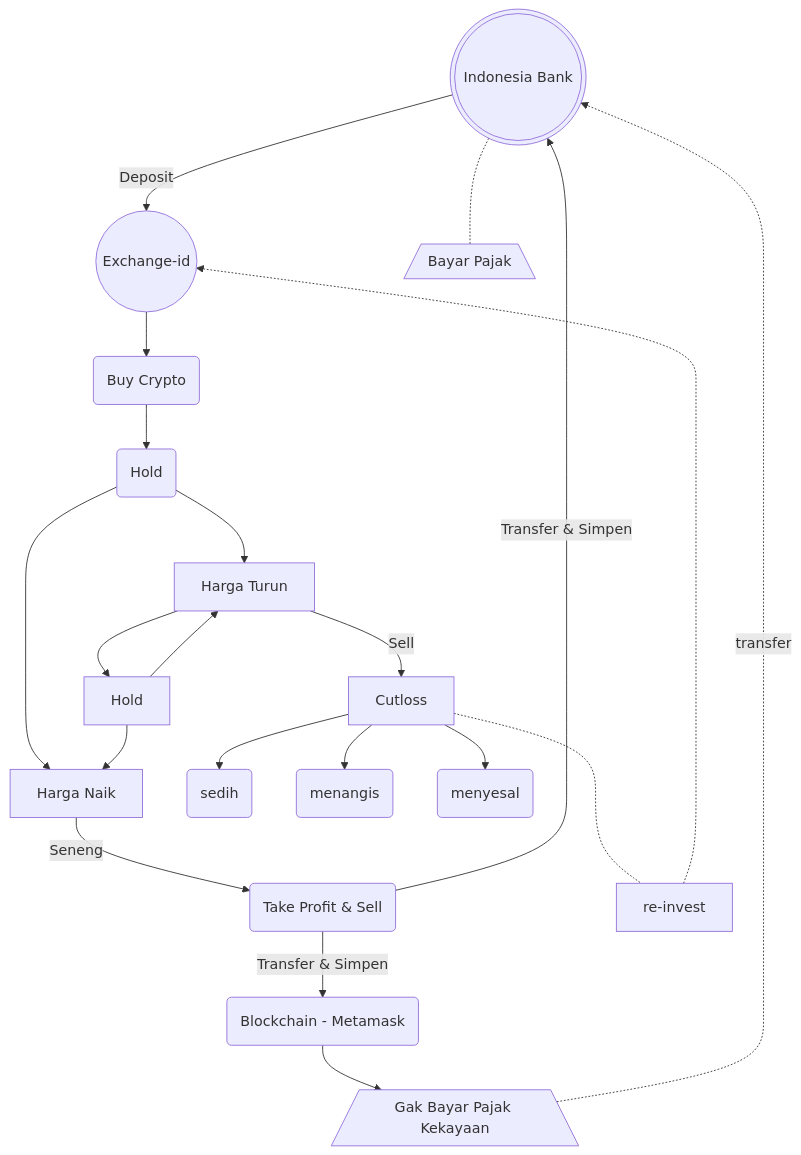
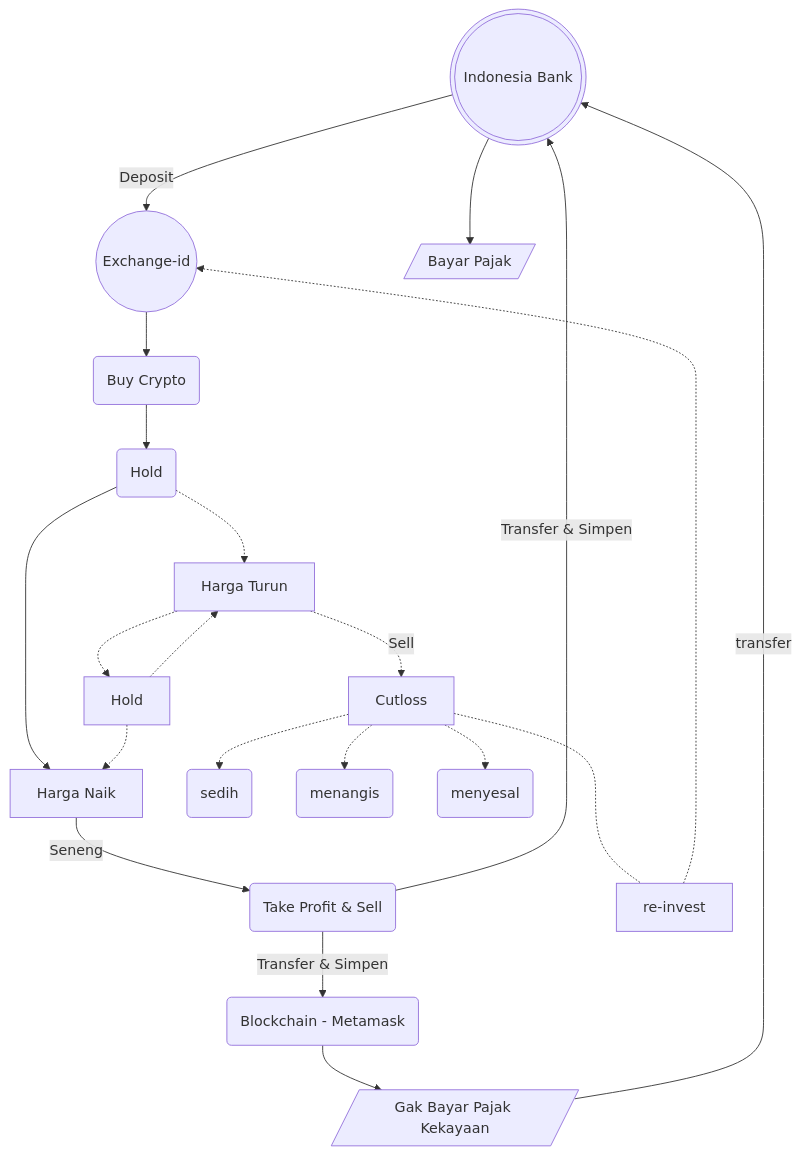
One commit to nescatfe/tea changed the diagram in content/posts/crypto-diagram.md. Above: the diagram before and after it, drawn with Mermaid.

Commit message:
Update lining

````diff
--- a/content/posts/crypto-diagram.md
+++ b/content/posts/crypto-diagram.md
@@ -18,22 +18,22 @@
 ```mermaid
 flowchart TB
 
 A(((Indonesia Bank))) -->|Deposit| B((Exchange-id))
 B --> BC(Buy Crypto)
 BC --> C(Hold)
 C --> D[Harga Naik] -->|Seneng| H(Take Profit & Sell)
-C --> E[Harga Turun]
-E -->|Sell| F[Cutloss]
+C -.-> E[Harga Turun]
+E -.->|Sell| F[Cutloss]
 F -..- re-invest -.-> B
-E --> G[Hold]
-G --> D
-G --> E
+E -.-> G[Hold]
+G -.-> D
+G -.-> E
 H -->|Transfer & Simpen| A
-F --> I(sedih)
-F --> J(menangis)
-F --> K(menyesal)
-A -.- PJ[/Bayar Pajak\]
+F -.-> I(sedih)
+F -.-> J(menangis)
+F -.-> K(menyesal)
+A --> PJ[/Bayar Pajak/]
 H -->|Transfer & Simpen| block(Blockchain - Metamask)
-block --> GP[/Gak Bayar Pajak Kekayaan\]
-GP -.->|transfer| A
+block --> GP[/Gak Bayar Pajak Kekayaan/]
+GP -->|transfer| A
 ```
````
